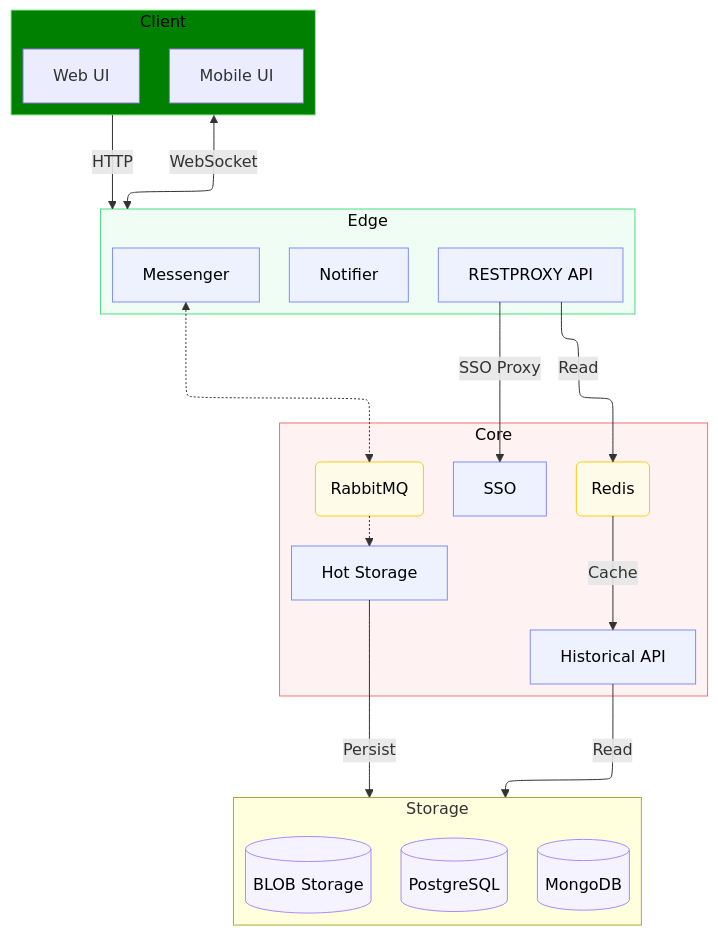
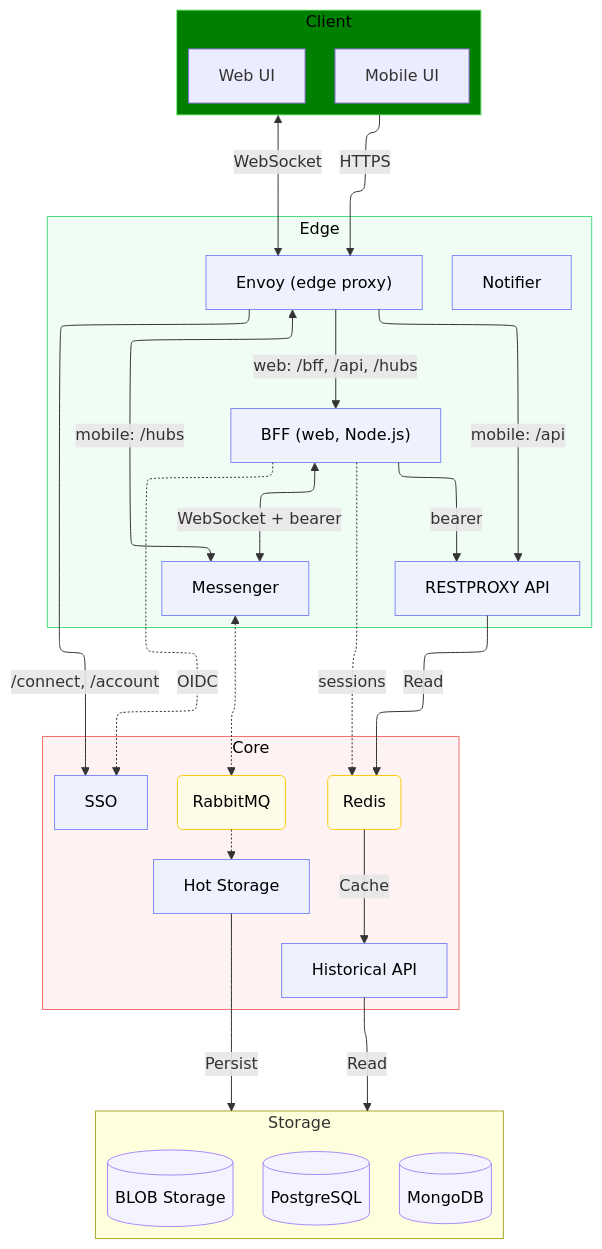
Before and after one commit to PablitoCBR/ChattyDuck: the diagram in docs/system_overview_diagram.mmd, drawn with Mermaid. The commit also changed 3 other files, not shown here.

First line of the commit message:
docs: ADR 0003 web client authentication via a Node.js BFF behind Envoy

```diff
--- a/docs/system_overview_diagram.mmd
+++ b/docs/system_overview_diagram.mmd
@@ -1,56 +1,66 @@
 ---
 config:
   layout: elk
 ---
 graph TB
     subgraph Client["Client"]
         WebUI["Web UI"]
         MobileUI["Mobile UI"]
     end
 
     subgraph Edge["Edge"]
+        Envoy["Envoy (edge proxy)"]
+        BFF["BFF (web, Node.js)"]
         Messenger["Messenger"]
         Notifier["Notifier"]
         APIGateway["RESTPROXY API"]
     end
         
     subgraph Core["Core"]
         SSO["SSO"]
         Redis("Redis")
         HistoricalAPI["Historical API"]
         RabbitMQ("RabbitMQ")
         HotStorage["Hot Storage"]
     end
 
     subgraph Storage["Storage"]
         PostgreSQL[("PostgreSQL")]
         MongoDB[("MongoDB")]
         BLOB[("BLOB Storage")]
     end
 
-    Client -->|HTTP| Edge
-    Client <-->|WebSocket| Edge
-    
+    %% ADR 0003: Envoy is the single public entry point (topology T3).
+    Client -->|HTTPS| Envoy
+    Client <-->|WebSocket| Envoy
+    Envoy -->|web: /bff, /api, /hubs| BFF
+    Envoy -->|mobile: /api| APIGateway
+    Envoy <-->|mobile: /hubs| Messenger
+    Envoy -->|/connect, /account| SSO
+    BFF -->|bearer| APIGateway
+    BFF <-->|WebSocket + bearer| Messenger
+    BFF -.->|OIDC| SSO
+    BFF -.->|sessions| Redis
+
     Messenger <-.-> RabbitMQ
-    APIGateway -->|SSO Proxy| SSO
     APIGateway -->|Read| Redis
     Redis -->|Cache| HistoricalAPI
     HistoricalAPI -->|Read| Storage
 
     RabbitMQ -.-> HotStorage
     HotStorage -->|Persist| Storage
 
     classDef clientPkg fill:green,stroke:lightgreen,color:black
     classDef edgePkg fill:#f0fdf4,stroke:#4ade80,color:black
     classDef corePkg fill:#fef2f2,stroke:#f87171,color:black
     classDef service fill:#eef2ff,stroke:#818cf8,color:black
     classDef storage fill:#fff7ed,stroke:#fb923c,color:black
     classDef database fill:#f5f3ff,stroke:#a78bfa,color:black
     classDef infrastructure fill:#fefce8,stroke:#facc15,color:black
 
     class Client clientPkg
     class Edge edgePkg
     class Core corePkg
-    class Messenger,Notifier,APIGateway,SSO,HistoricalAPI,HotStorage service
+    class Envoy,BFF,Messenger,Notifier,APIGateway,SSO,HistoricalAPI,HotStorage service
     class Redis,RabbitMQ infrastructure
     class PostgreSQL,MongoDB,BLOB database
```
